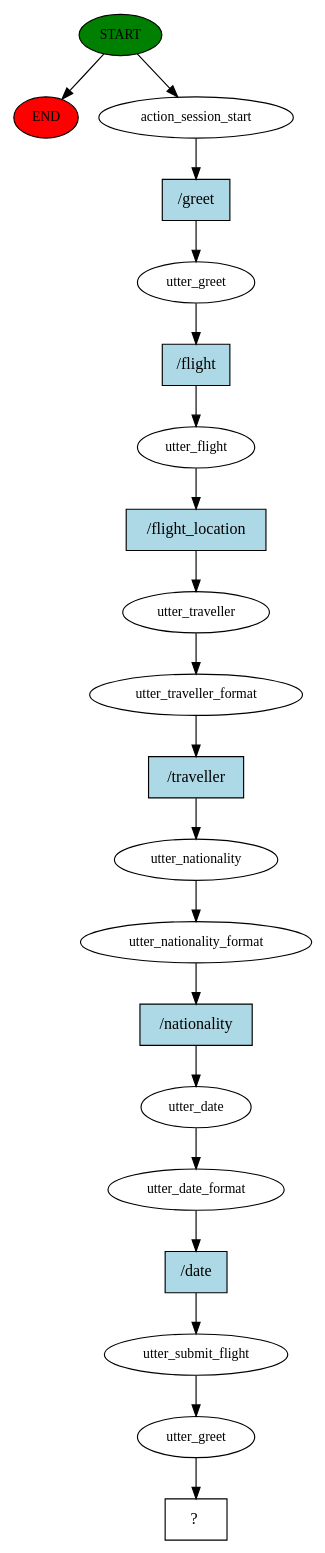
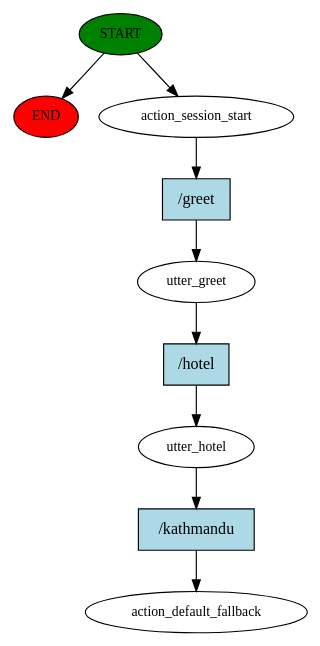
One commit to dristi-sigdel/reservation-bot changed the diagram in story_graph.dot. Above: the diagram before and after it, drawn with Graphviz. The commit also changed 529 other files, not shown here.

```diff
--- a/story_graph.dot
+++ b/story_graph.dot
@@ -1,41 +1,19 @@
 digraph  {
 0 [class="start active", fillcolor=green, fontsize=12, label=START, style=filled];
 "-1" [class=end, fillcolor=red, fontsize=12, label=END, style=filled];
 1 [class=active, fontsize=12, label=action_session_start];
 2 [class=active, fontsize=12, label=utter_greet];
-3 [class=active, fontsize=12, label=utter_flight];
-4 [class=active, fontsize=12, label=utter_traveller];
-5 [class=active, fontsize=12, label=utter_traveller_format];
-6 [class=active, fontsize=12, label=utter_nationality];
-7 [class=active, fontsize=12, label=utter_nationality_format];
-8 [class=active, fontsize=12, label=utter_date];
-9 [class=active, fontsize=12, label=utter_date_format];
-10 [class=active, fontsize=12, label=utter_submit_flight];
-11 [class=active, fontsize=12, label=utter_greet];
-12 [class="intent dashed active", label="  ?  ", shape=rect];
-13 [class="intent active", fillcolor=lightblue, label="/greet", shape=rect, style=filled];
-14 [class="intent active", fillcolor=lightblue, label="/flight", shape=rect, style=filled];
-15 [class="intent active", fillcolor=lightblue, label="/flight_location", shape=rect, style=filled];
-16 [class="intent active", fillcolor=lightblue, label="/traveller", shape=rect, style=filled];
-17 [class="intent active", fillcolor=lightblue, label="/nationality", shape=rect, style=filled];
-18 [class="intent active", fillcolor=lightblue, label="/date", shape=rect, style=filled];
+3 [class=active, fontsize=12, label=utter_hotel];
+4 [class="dashed active", fontsize=12, label=action_default_fallback];
+5 [class="intent active", fillcolor=lightblue, label="/greet", shape=rect, style=filled];
+6 [class="intent active", fillcolor=lightblue, label="/hotel", shape=rect, style=filled];
+7 [class="intent active", fillcolor=lightblue, label="/kathmandu", shape=rect, style=filled];
 0 -> "-1"  [class="", key=NONE, label=""];
 0 -> 1  [class=active, key=NONE, label=""];
-1 -> 13  [class=active, key=0];
-2 -> 14  [class=active, key=0];
-3 -> 15  [class=active, key=0];
-4 -> 5  [class=active, key=NONE, label=""];
-5 -> 16  [class=active, key=0];
-6 -> 7  [class=active, key=NONE, label=""];
-7 -> 17  [class=active, key=0];
-8 -> 9  [class=active, key=NONE, label=""];
-9 -> 18  [class=active, key=0];
-10 -> 11  [class=active, key=NONE, label=""];
-11 -> 12  [class=active, key=NONE, label=""];
-13 -> 2  [class=active, key=0];
-14 -> 3  [class=active, key=0];
-15 -> 4  [class=active, key=0];
-16 -> 6  [class=active, key=0];
-17 -> 8  [class=active, key=0];
-18 -> 10  [class=active, key=0];
+1 -> 5  [class=active, key=0];
+2 -> 6  [class=active, key=0];
+3 -> 7  [class=active, key=0];
+5 -> 2  [class=active, key=0];
+6 -> 3  [class=active, key=0];
+7 -> 4  [class=active, key=0];
 }
```
